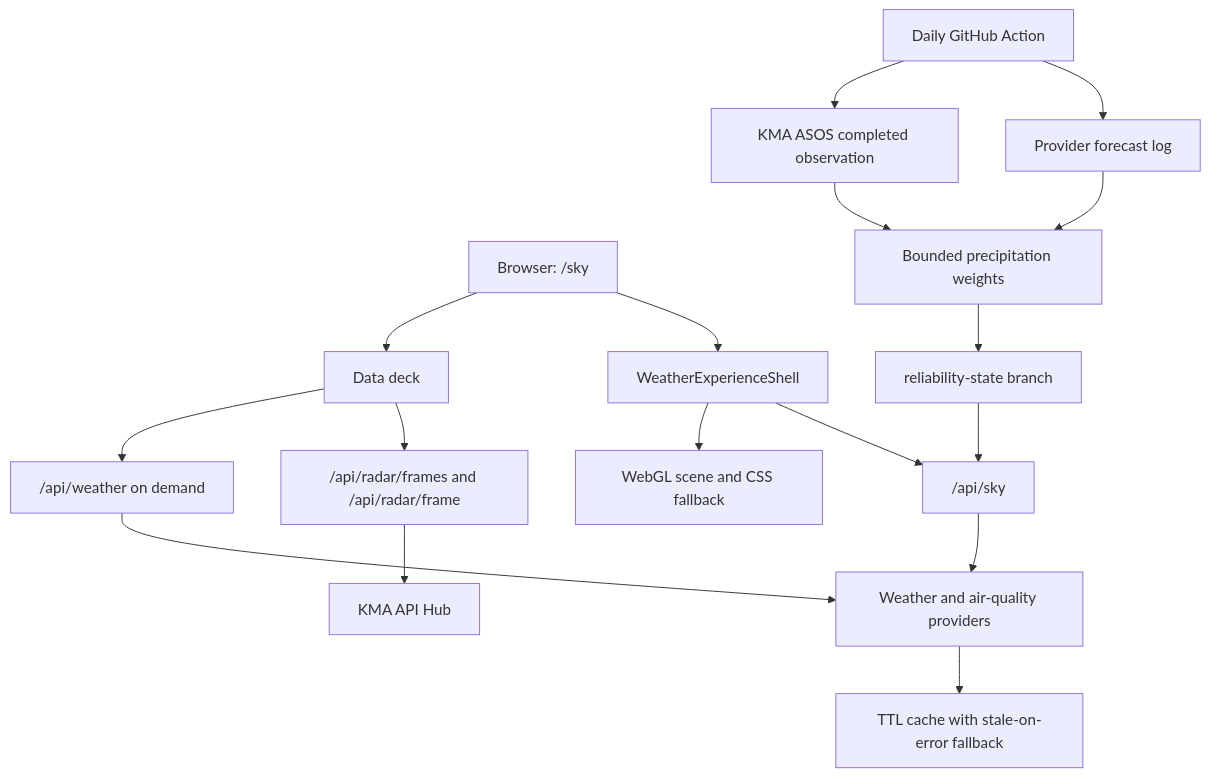
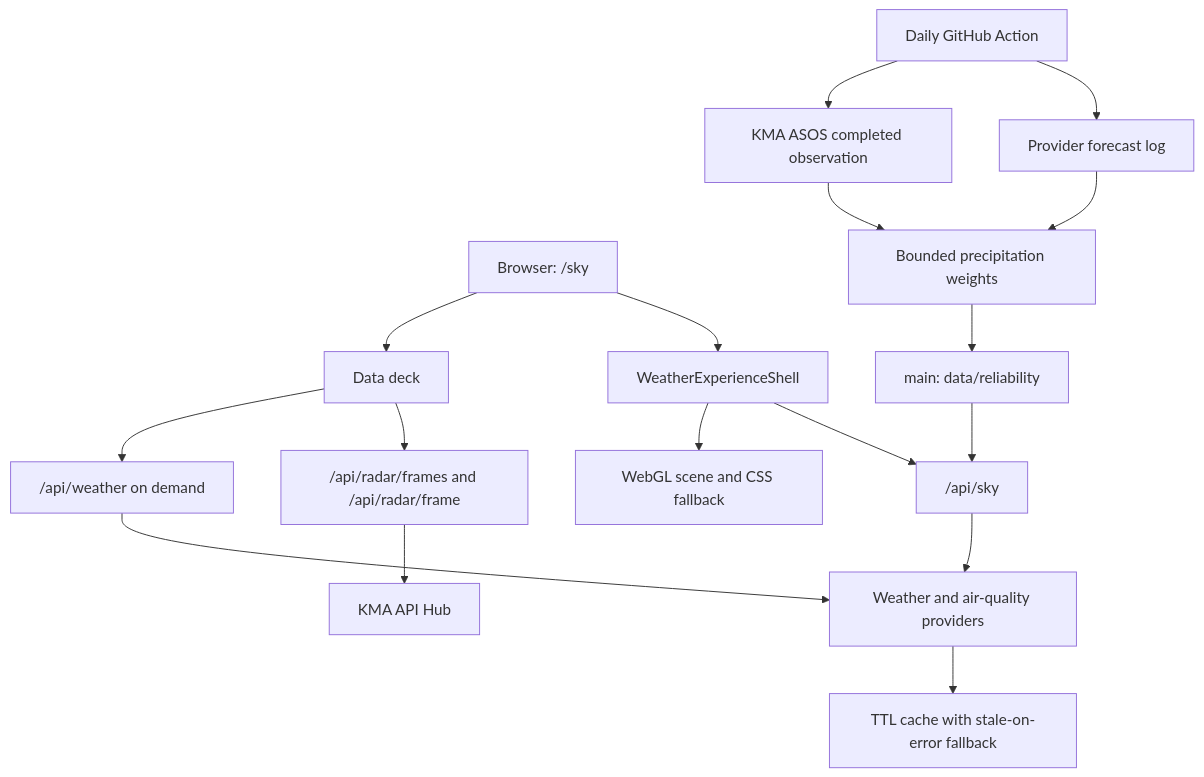
One commit to mhju0/rain-today changed the diagram in README.md. Above: the diagram before and after it, drawn with Mermaid. The commit also changed other lines of this file and 9 other files, not shown here.

Commit message:
chore: consolidate reliability state on main

````diff
--- a/README.md
+++ b/README.md
@@ -65,19 +65,19 @@
 ```mermaid
 flowchart TB
   Browser["Browser: /sky"] --> Shell["WeatherExperienceShell"]
   Shell --> SkyAPI["/api/sky"]
   Shell --> Scene["WebGL scene and CSS fallback"]
   Browser --> Deck["Data deck"]
   Deck --> Radar["/api/radar/frames and /api/radar/frame"]
   Deck --> Intelligence["/api/weather on demand"]
   SkyAPI --> Providers["Weather and air-quality providers"]
   Intelligence --> Providers
   Radar --> KMA["KMA API Hub"]
   Providers --> Cache["TTL cache with stale-on-error fallback"]
   Action["Daily GitHub Action"] --> ForecastLog["Provider forecast log"]
   Action --> KMAObservation["KMA ASOS completed observation"]
   ForecastLog --> Weights["Bounded precipitation weights"]
   KMAObservation --> Weights
-  Weights --> StateBranch["reliability-state branch"]
-  StateBranch --> SkyAPI
+  Weights --> MainState["main: data/reliability"]
+  MainState --> SkyAPI
 ```
````
